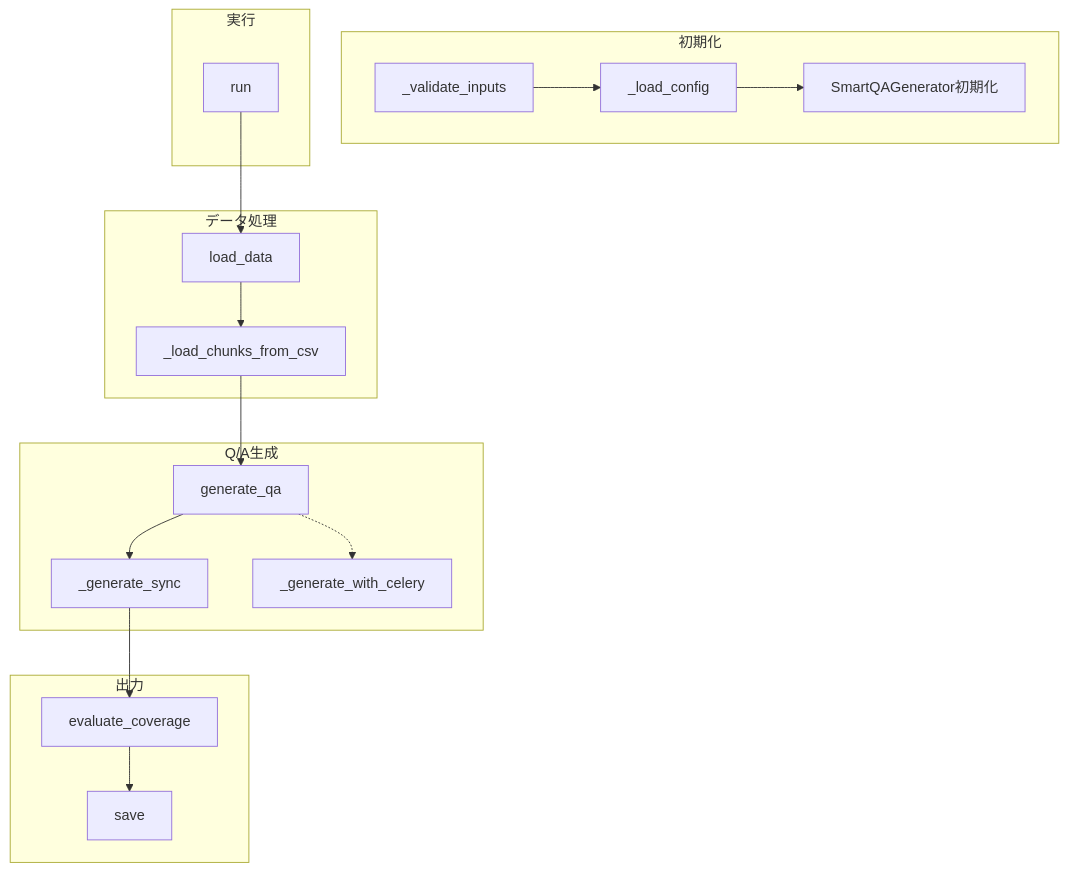
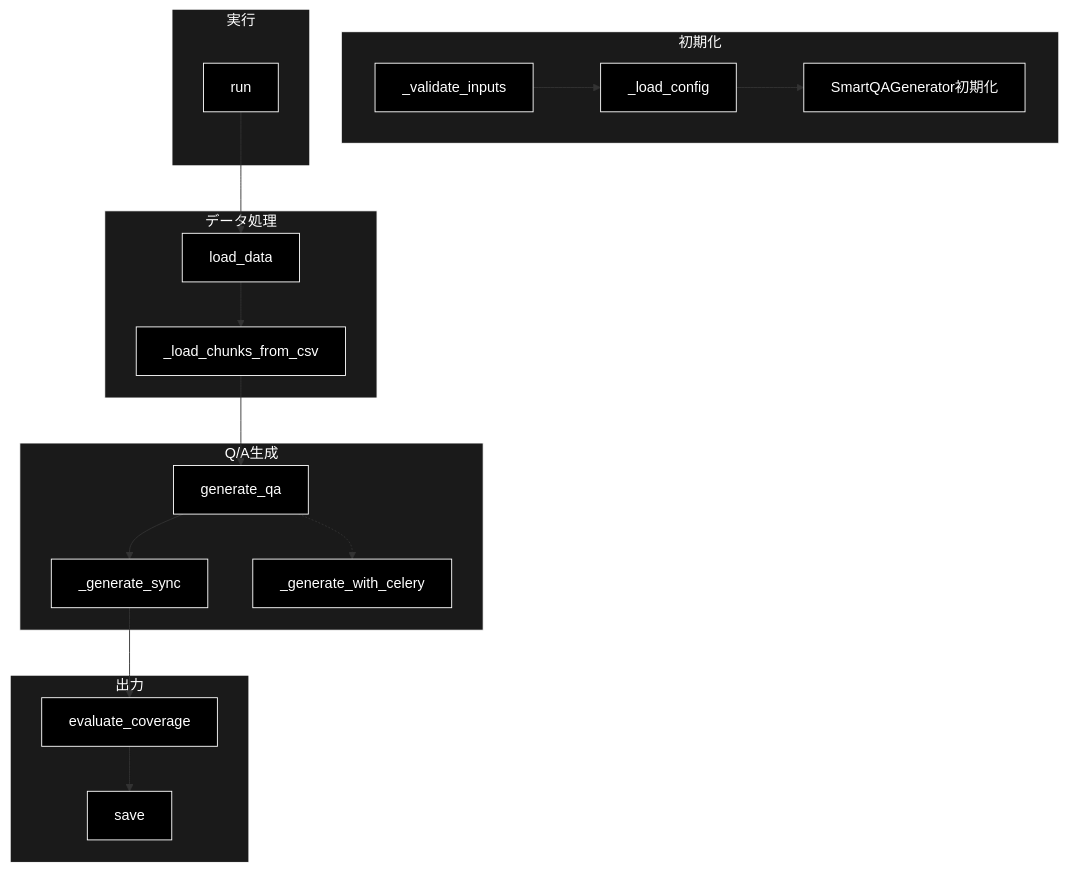
The third of 8 diagrams in qa_qdrant/doc/make_qa_qapipeline.md (nakashima2toshio/ollama_grace_agent_v2), drawn with Mermaid before and after one commit. The commit also changed other lines of this file and 12 other files, not shown here.

````diff
--- a/qa_qdrant/doc/make_qa_qapipeline.md
+++ b/qa_qdrant/doc/make_qa_qapipeline.md
@@ -134,38 +145,46 @@
 ```mermaid
 flowchart TB
     subgraph INIT["初期化"]
         VALIDATE[_validate_inputs]
         LOAD_CFG[_load_config]
         INIT_GEN[SmartQAGenerator初期化]
     end
 
     subgraph DATA["データ処理"]
         LOAD[load_data]
         CONVERT[_load_chunks_from_csv]
     end
 
     subgraph GENERATE["Q/A生成"]
         GEN_QA[generate_qa]
         SYNC[_generate_sync]
         CELERY_GEN[_generate_with_celery]
     end
 
     subgraph OUTPUT["出力"]
         EVAL[evaluate_coverage]
         SAVE[save]
     end
 
     subgraph RUN["実行"]
         RUN_METHOD[run]
     end
 
     VALIDATE --> LOAD_CFG
     LOAD_CFG --> INIT_GEN
     RUN_METHOD --> LOAD
     LOAD --> CONVERT
     CONVERT --> GEN_QA
     GEN_QA --> SYNC
     GEN_QA -.-> CELERY_GEN
     SYNC --> EVAL
     EVAL --> SAVE
+classDef default fill:#000,stroke:#fff,color:#fff
+classDef subgraphStyle fill:#1a1a1a,stroke:#fff,color:#fff
+class VALIDATE,LOAD_CFG,INIT_GEN,LOAD,CONVERT,GEN_QA,SYNC,CELERY_GEN,EVAL,SAVE,RUN_METHOD default
+style INIT fill:#1a1a1a,stroke:#fff,color:#fff
+style DATA fill:#1a1a1a,stroke:#fff,color:#fff
+style GENERATE fill:#1a1a1a,stroke:#fff,color:#fff
+style OUTPUT fill:#1a1a1a,stroke:#fff,color:#fff
+style RUN fill:#1a1a1a,stroke:#fff,color:#fff
 ```
````
